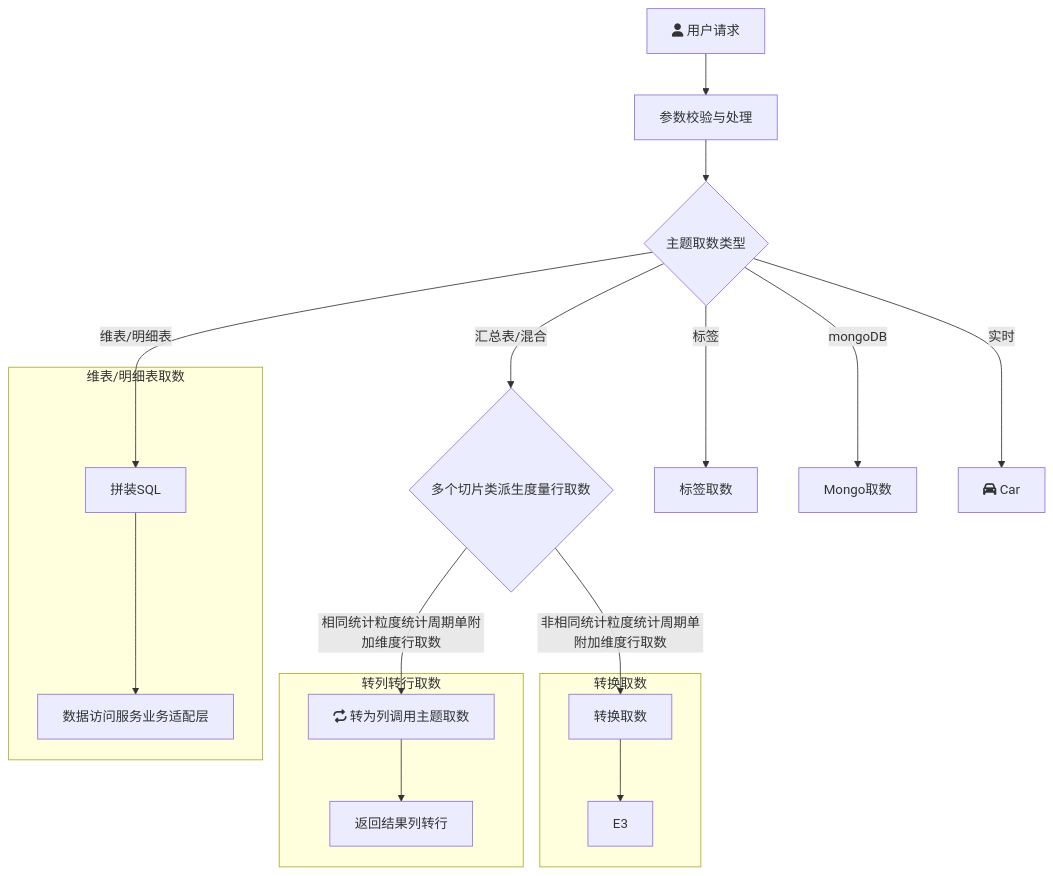
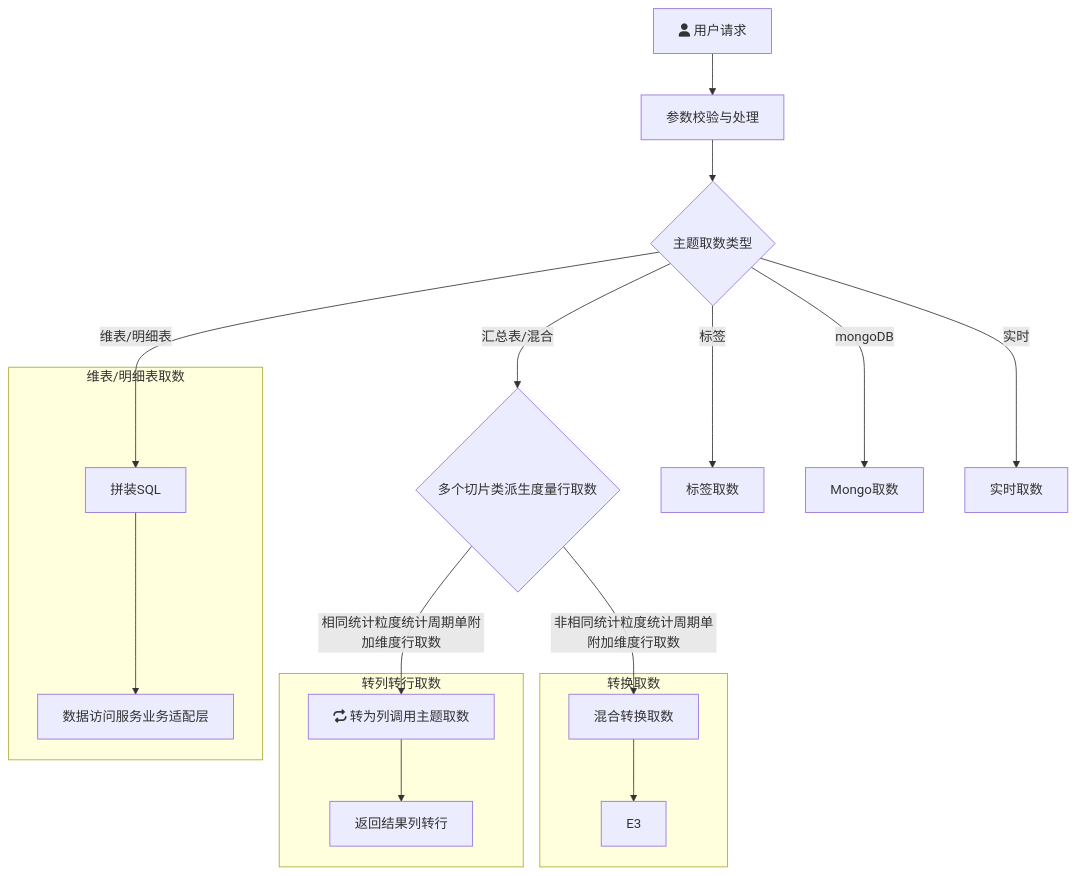
One commit to yanglosm/iodraw-files changed the diagram in all/未命名.md. Above: the diagram before and after it, drawn with Mermaid.

Commit message:
2024-11-29 18:35:32 update

````diff
--- a/all/未命名.md
+++ b/all/未命名.md
@@ -1,20 +1,20 @@
 ```mermaid
 flowchart TD
     A[fa:fa-user 用户请求] -->A1[参数校验与处理] --> B{主题取数类型}
     B -->|维表/明细表| D[拼装SQL]
     B -->|汇总表/混合| E{多个切片类派生度量行取数}
     B -->|标签| F[标签取数]
     B -->|mongoDB| G[Mongo取数]
-    B -->|实时| H[fa:fa-car Car]
+    B -->|实时| H[实时取数]
     E -->|相同统计粒度统计周期单附加维度行取数| E1[fa:fa-repeat 转为列调用主题取数]
-    E -->|非相同统计粒度统计周期单附加维度行取数| E2[转换取数]
+    E -->|非相同统计粒度统计周期单附加维度行取数| E2[混合转换取数]
     subgraph 维表/明细表取数
     D-->D1[数据访问服务业务适配层]
     end
     subgraph 转列转行取数
     E1-->E11[返回结果列转行]
     end
     subgraph 转换取数
     E2-->E3
     end
 ```
````
